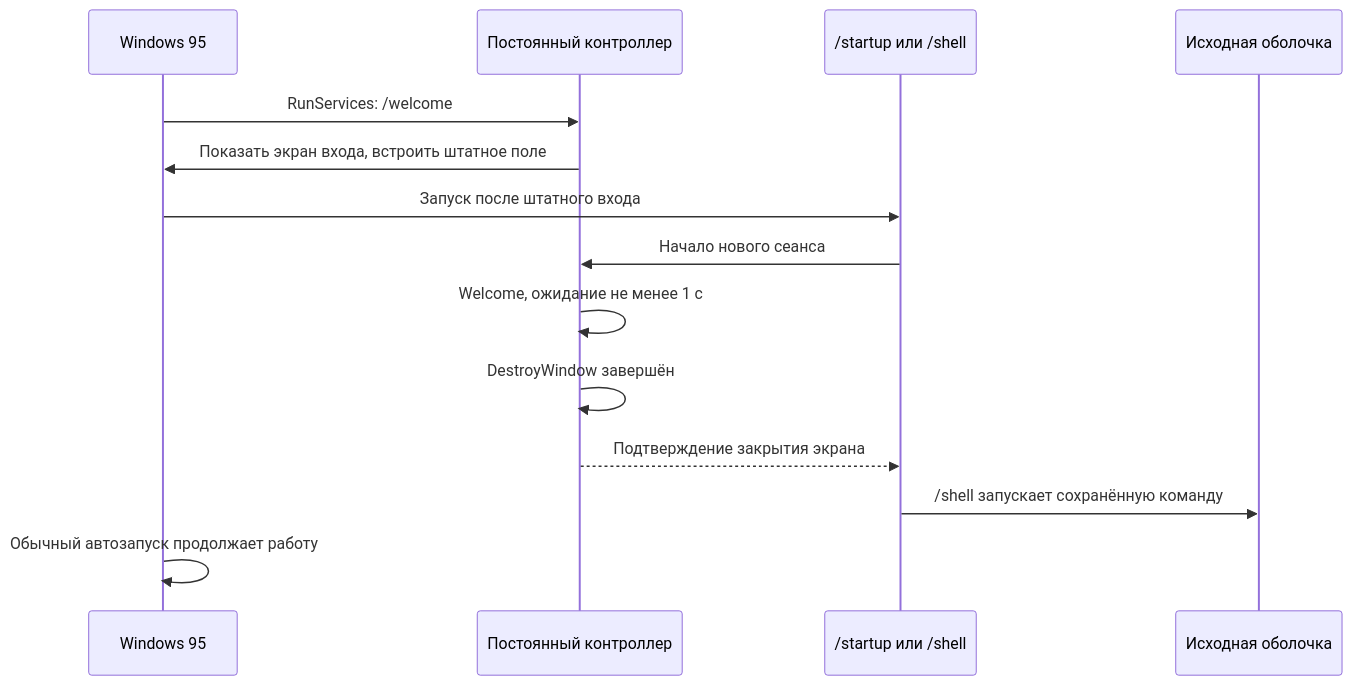
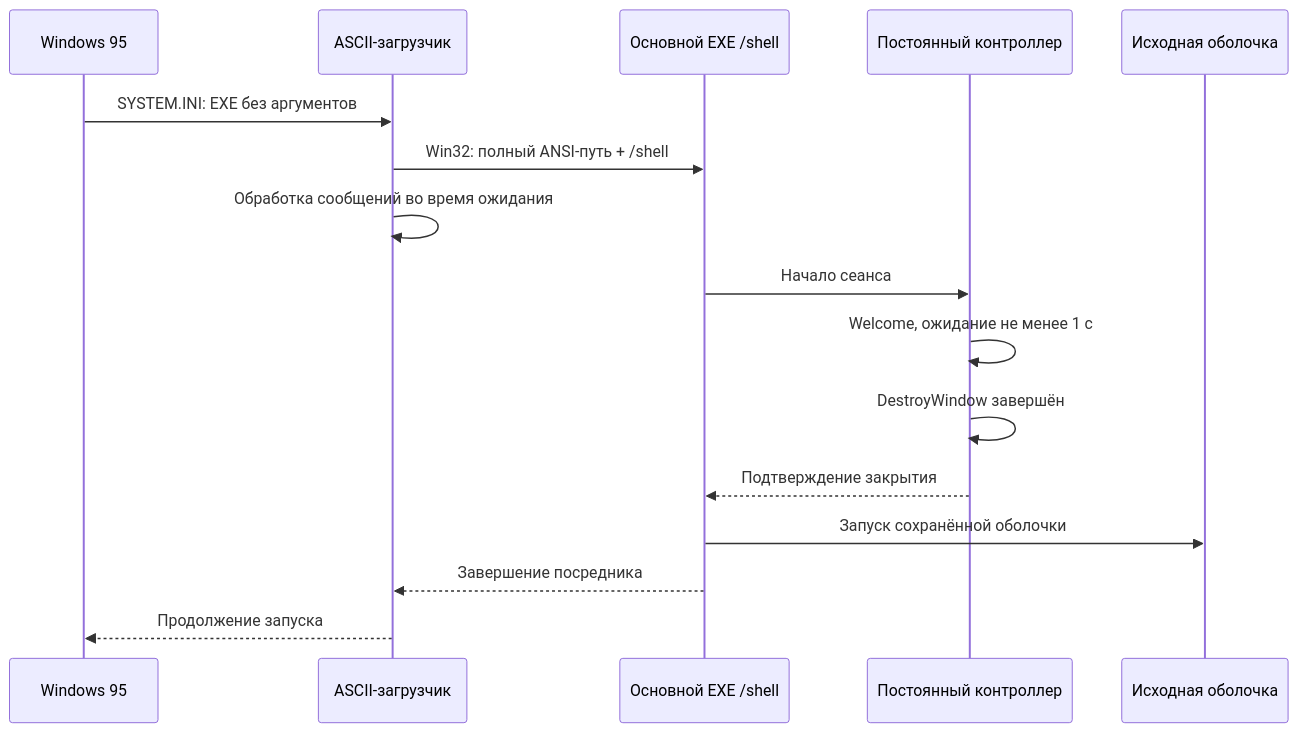
Before and after one commit to tapt1c/welcome95: the diagram in docs/BOOT_FLOW.md, drawn with Mermaid. The commit also changed other lines of this file and 16 other files, not shown here.

Commit message:
Bootstrap legacy shell through an ASCII path and add native logon rescue

````diff
--- a/docs/BOOT_FLOW.md
+++ b/docs/BOOT_FLOW.md
@@ -27,16 +37,18 @@
 ```mermaid
 sequenceDiagram
     participant OS as Windows 95
+    participant B as ASCII-загрузчик
+    participant G as Основной EXE /shell
     participant C as Постоянный контроллер
-    participant G as /startup или /shell
     participant S as Исходная оболочка
-    OS->>C: RunServices: /welcome
-    C->>OS: Показать экран входа, встроить штатное поле
-    OS->>G: Запуск после штатного входа
-    G->>C: Начало нового сеанса
+    OS->>B: SYSTEM.INI: EXE без аргументов
+    B->>G: Win32: полный ANSI-путь + /shell
+    B->>B: Обработка сообщений во время ожидания
+    G->>C: Начало сеанса
     C->>C: Welcome, ожидание не менее 1 с
     C->>C: DestroyWindow завершён
-    C-->>G: Подтверждение закрытия экрана
-    G->>S: /shell запускает сохранённую команду
-    OS->>OS: Обычный автозапуск продолжает работу
+    C-->>G: Подтверждение закрытия
+    G->>S: Запуск сохранённой оболочки
+    G-->>B: Завершение посредника
+    B-->>OS: Продолжение запуска
 ```
````
